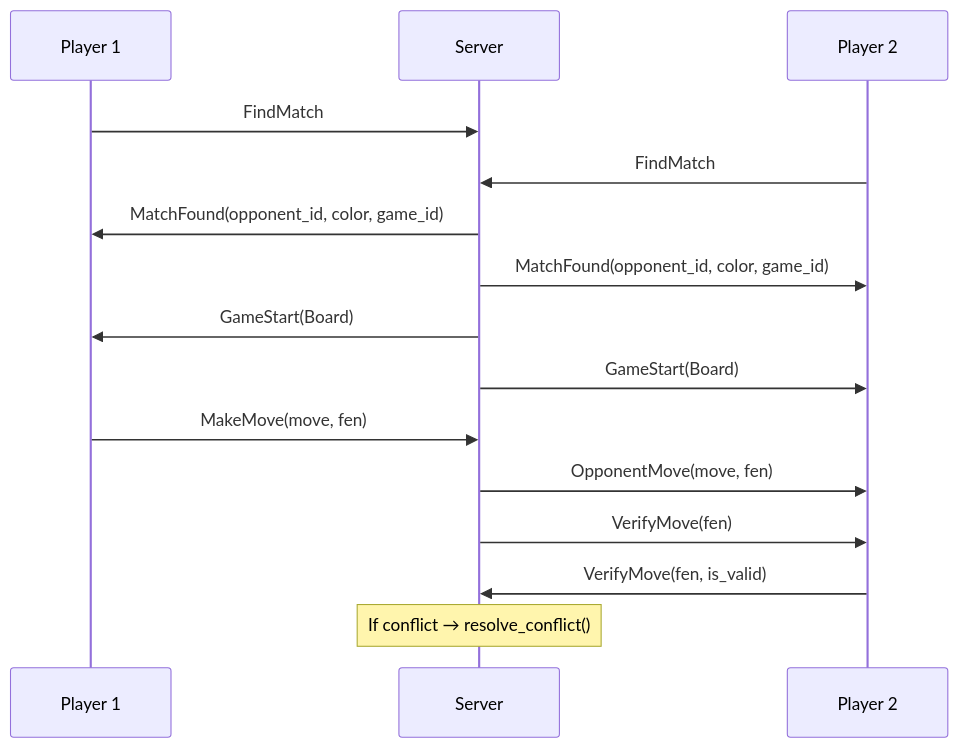
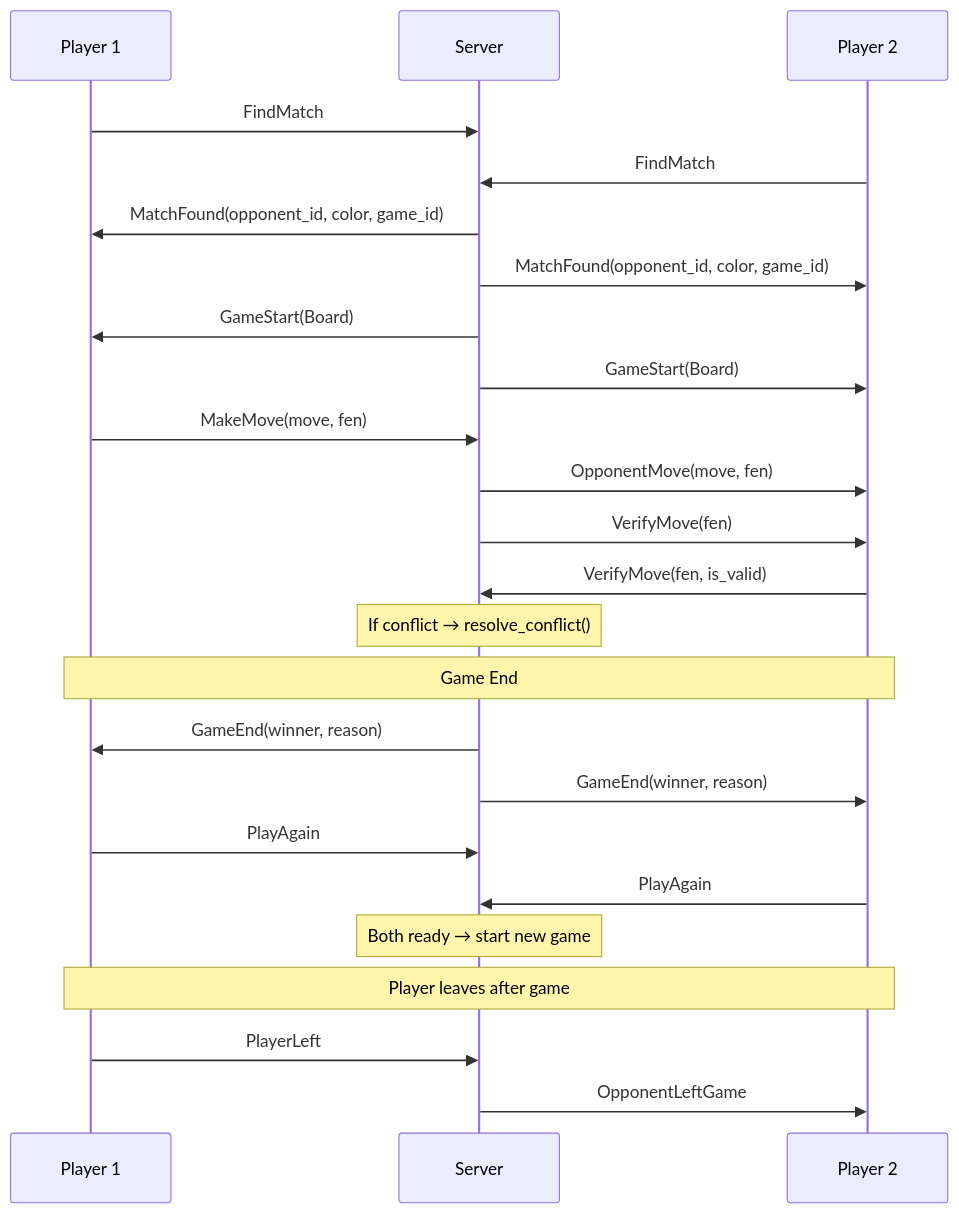
One commit to thichuong/GameCoTuong changed the fifth of 7 diagrams in ARCHITECTURE.md. Above: the diagram before and after it, drawn with Mermaid. The commit also changed other lines of this file and 6 other files, not shown here.

Commit message:
docs: Detail engine's new `EngineMoveGen` module, refactor server's `game_manager` with new modules, and restructure client's `app` components in architecture documentation.

````diff
--- a/ARCHITECTURE.md
+++ b/ARCHITECTURE.md
@@ -246,19 +289,30 @@
 ```mermaid
 sequenceDiagram
     participant P1 as Player 1
     participant S as Server
     participant P2 as Player 2
 
     P1->>S: FindMatch
     P2->>S: FindMatch
     S->>P1: MatchFound(opponent_id, color, game_id)
     S->>P2: MatchFound(opponent_id, color, game_id)
     S->>P1: GameStart(Board)
     S->>P2: GameStart(Board)
 
     P1->>S: MakeMove(move, fen)
     S->>P2: OpponentMove(move, fen)
     S->>P2: VerifyMove(fen)
     P2->>S: VerifyMove(fen, is_valid)
     Note over S: If conflict → resolve_conflict()
+
+    Note over P1,P2: Game End
+    S->>P1: GameEnd(winner, reason)
+    S->>P2: GameEnd(winner, reason)
+    P1->>S: PlayAgain
+    P2->>S: PlayAgain
+    Note over S: Both ready → start new game
+
+    Note over P1,P2: Player leaves after game
+    P1->>S: PlayerLeft
+    S->>P2: OpponentLeftGame
 ```
````
